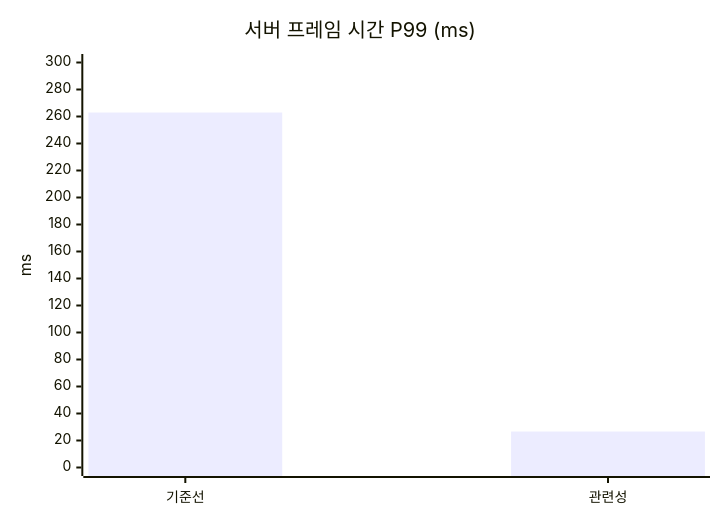
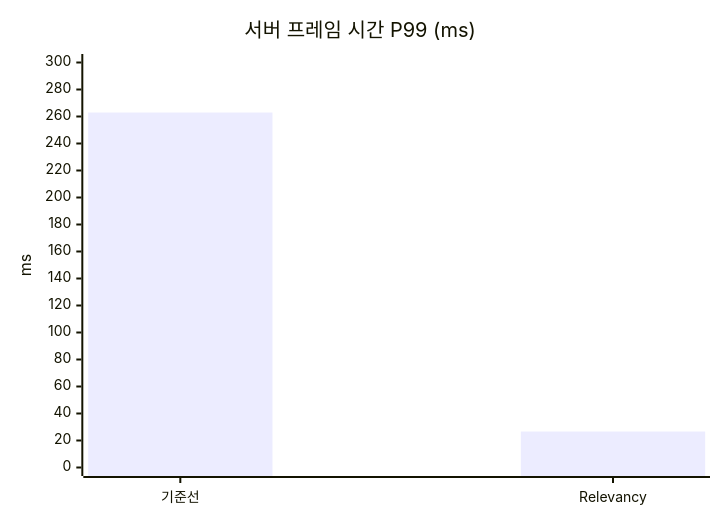
One commit to hon454/ue-dedicated-server-optimization-lab changed the second of 4 diagrams in Posts/02-relevancy/README.md. Above: the diagram before and after it, drawn with Mermaid. The commit also changed other lines of this file and 5 other files, not shown here.

````diff
--- a/Posts/02-relevancy/README.md
+++ b/Posts/02-relevancy/README.md
@@ -124,7 +124,7 @@
 ```mermaid
 xychart-beta
     title "서버 프레임 시간 P99 (ms)"
-    x-axis ["기준선", "관련성"]
+    x-axis ["기준선", "Relevancy"]
     y-axis "ms" 0 --> 300
     bar [262.96, 26.64]
 ```
````
